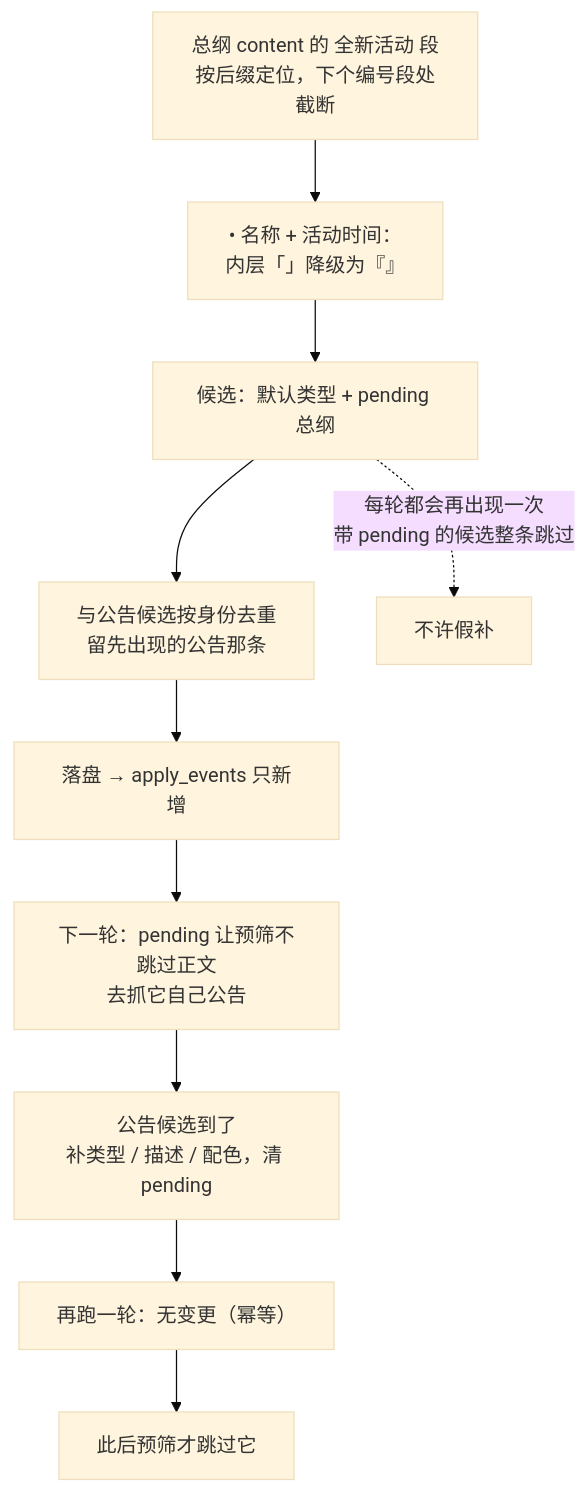
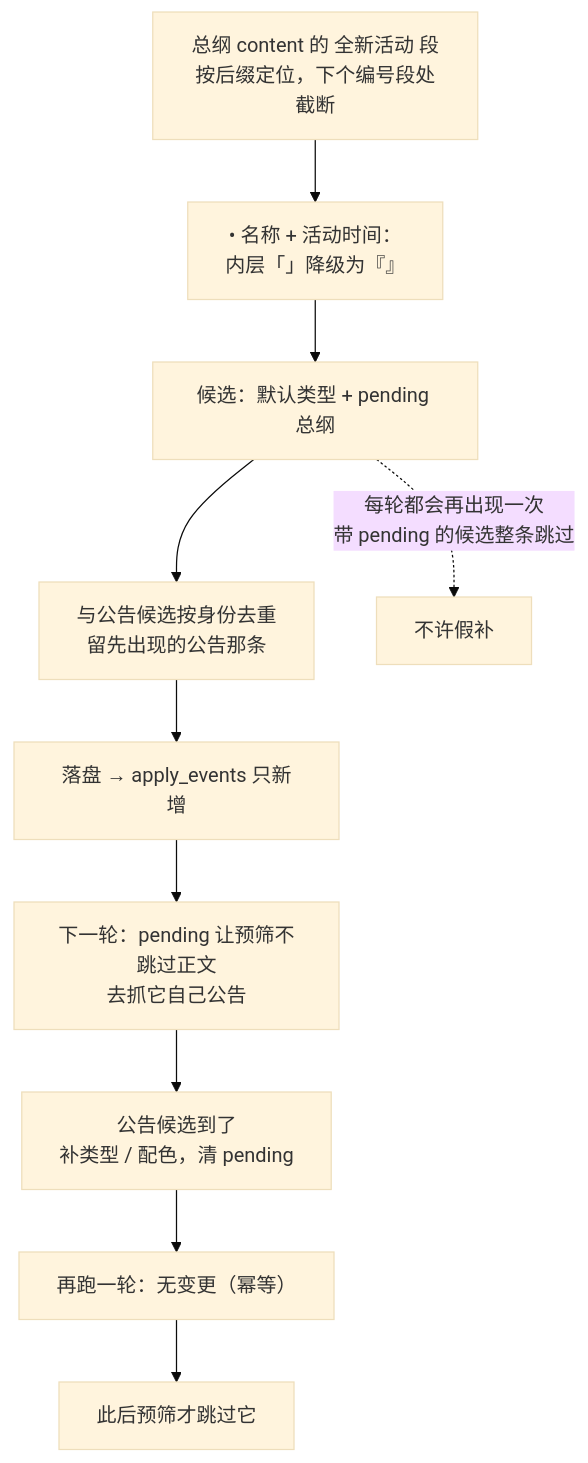
One commit to autummu2/HoyoCalendar changed the tenth of 10 diagrams in tools/editor/zenless/RULES.md. Above: the diagram before and after it, drawn with Mermaid (base theme). The commit also changed other lines of this file and 8 other files, not shown here.

````diff
--- a/tools/editor/zenless/RULES.md
+++ b/tools/editor/zenless/RULES.md
@@ -359,12 +360,12 @@
 ```mermaid
 flowchart TD
     A["总纲 content 的 全新活动 段<br/>按后缀定位，下个编号段处截断"] --> B["• 名称 + 活动时间：<br/>内层「」降级为『』"]
     B --> C["候选：默认类型 + pending 总纲"]
     C --> D["与公告候选按身份去重<br/>留先出现的公告那条"]
     D --> E["落盘 → apply_events 只新增"]
     E --> F["下一轮：pending 让预筛不跳过正文<br/>去抓它自己公告"]
-    F --> G["公告候选到了<br/>补类型 / 描述 / 配色，清 pending"]
+    F --> G["公告候选到了<br/>补类型 / 配色，清 pending"]
     G --> H["再跑一轮：无变更（幂等）"]
     H --> I["此后预筛才跳过它"]
     C -.->|"每轮都会再出现一次<br/>带 pending 的候选整条跳过"| J["不许假补"]
 ```
````
